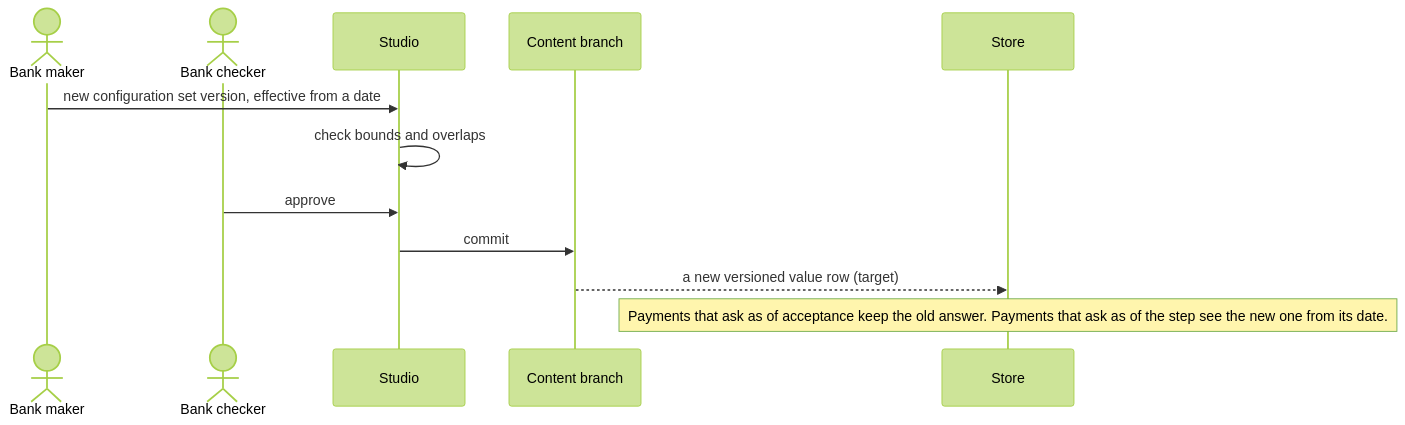
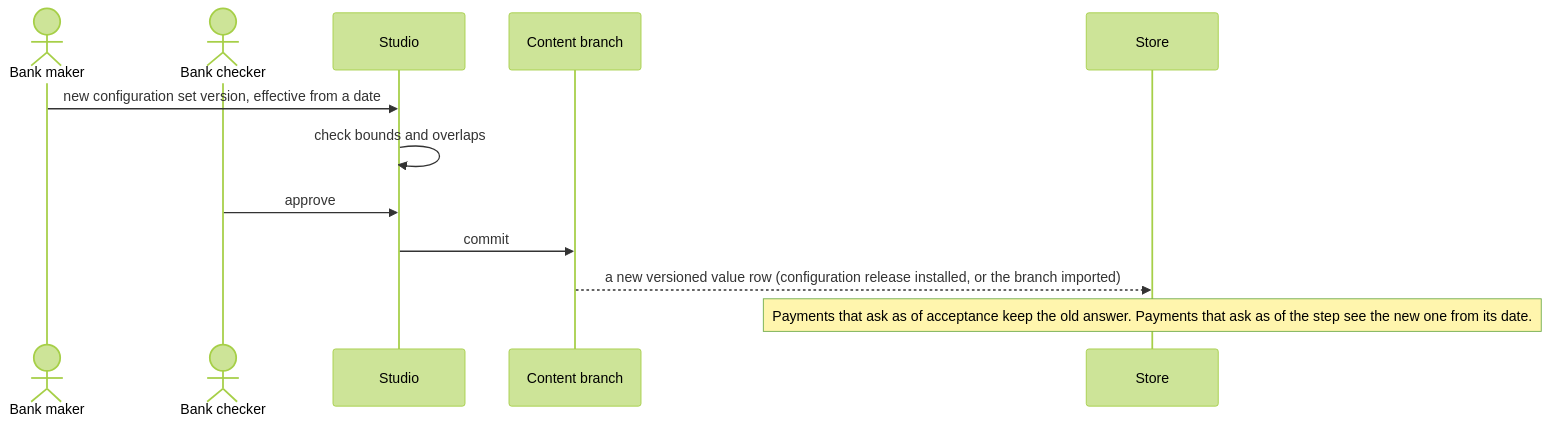
Before and after one commit to mallyan-nkm/bfs-payment-hub-authoring: the fourth of 4 diagrams in docs/north-star/design/sequences.md, drawn with Mermaid (forest theme). The commit also changed other lines of this file and 39 other files, not shown here.

````diff
--- a/docs/north-star/design/sequences.md
+++ b/docs/north-star/design/sequences.md
@@ -76,14 +76,14 @@
 ```mermaid
 sequenceDiagram
   actor M as Bank maker
   actor C as Bank checker
   participant S as Studio
   participant G as Content branch
   participant D as Store
   M->>S: new configuration set version, effective from a date
   S->>S: check bounds and overlaps
   C->>S: approve
   S->>G: commit
-  G-->>D: a new versioned value row (target)
+  G-->>D: a new versioned value row (configuration release installed, or the branch imported)
   Note over D: Payments that ask as of acceptance keep the old answer. Payments that ask as of the step see the new one from its date.
 ```
````
